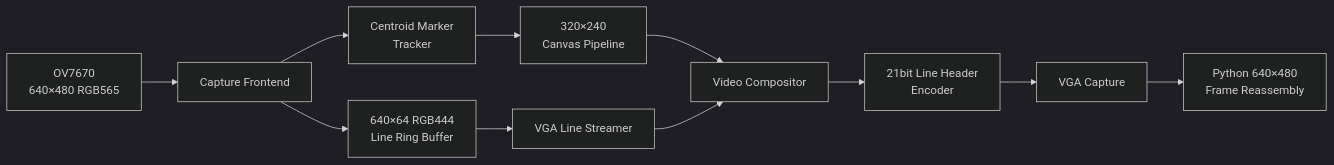
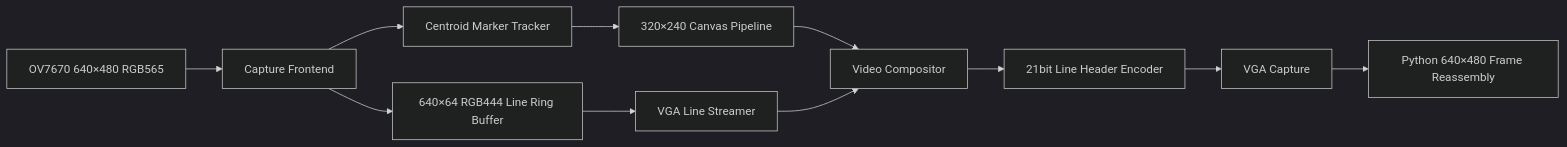
The third of 3 diagrams in README.md (Bourrasque-21/VGA_AIR_DRAWING), drawn with Mermaid (dark theme) before and after one commit. The commit also changed other lines of this file, not shown here.

Commit message:
docs: simplify Mermaid diagrams for compatibility

````diff
--- a/README.md
+++ b/README.md
@@ -256,13 +256,13 @@
 ```mermaid
 flowchart LR
-    CAM["OV7670<br/>640×480 RGB565"] --> CAP["Capture Frontend"]
-    CAP --> RING["640×64 RGB444<br/>Line Ring Buffer"]
-    CAP --> TRACK["Centroid Marker<br/>Tracker"]
+    CAM["OV7670 640×480 RGB565"] --> CAP["Capture Frontend"]
+    CAP --> RING["640×64 RGB444 Line Ring Buffer"]
+    CAP --> TRACK["Centroid Marker Tracker"]
     RING --> STREAM["VGA Line Streamer"]
-    TRACK --> CANVAS["320×240<br/>Canvas Pipeline"]
+    TRACK --> CANVAS["320×240 Canvas Pipeline"]
     CANVAS --> MIX["Video Compositor"]
     STREAM --> MIX
-    MIX --> HEADER["21bit Line Header<br/>Encoder"]
+    MIX --> HEADER["21bit Line Header Encoder"]
     HEADER --> VGA["VGA Capture"]
-    VGA --> REBUILD["Python 640×480<br/>Frame Reassembly"]
+    VGA --> REBUILD["Python 640×480 Frame Reassembly"]
 ```
````
